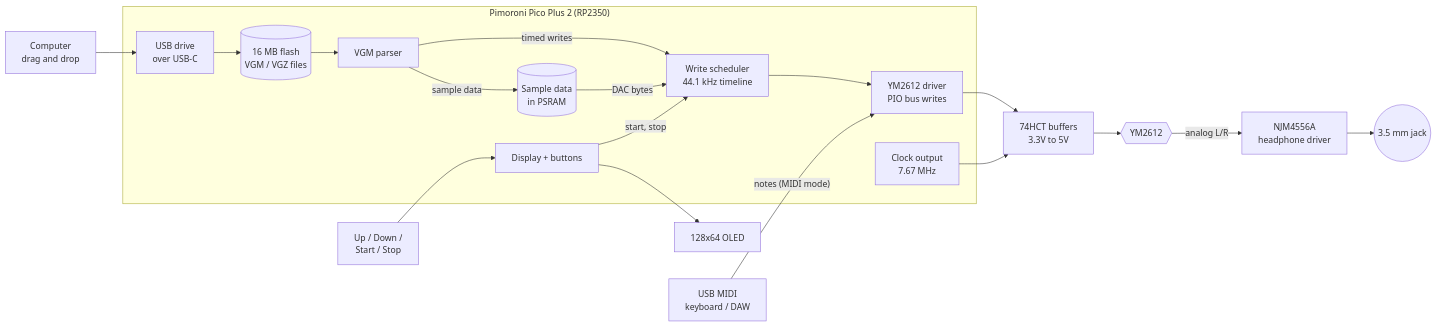
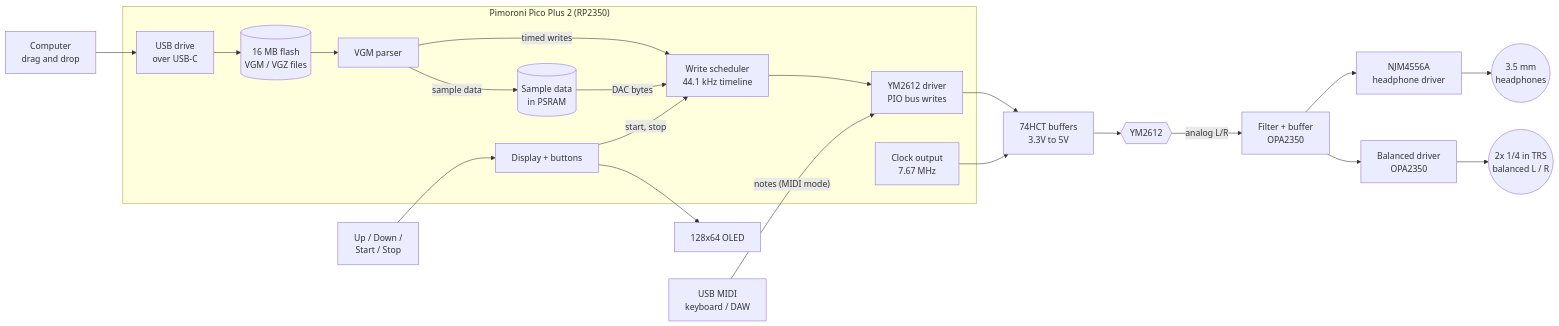
The diagram in docs/DESIGN.md (ctrlvlts-000/Vintage-Sound-Chip-Player), drawn with Mermaid before and after one commit. The commit also changed other lines of this file, not shown here.

First line of the commit message:
Add balanced outputs and a -70 dB noise target

````diff
--- a/docs/DESIGN.md
+++ b/docs/DESIGN.md
@@ -120,35 +121,40 @@
 ```mermaid
 flowchart LR
     PC[Computer<br/>drag and drop]
 
     subgraph PICO["Pimoroni Pico Plus 2 (RP2350)"]
         USB[USB drive<br/>over USB-C]
         FLASH[(16 MB flash<br/>VGM / VGZ files)]
         PARSE[VGM parser]
         PCM[(Sample data<br/>in PSRAM)]
         SCHED[Write scheduler<br/>44.1 kHz timeline]
         DRV[YM2612 driver<br/>PIO bus writes]
         CLKGEN[Clock output<br/>7.67 MHz]
         UI[Display + buttons]
     end
 
     BUF[74HCT buffers<br/>3.3V to 5V]
     YM{{YM2612}}
+    FILT[Filter + buffer<br/>OPA2350]
     AMP[NJM4556A<br/>headphone driver]
-    JACK((3.5 mm jack))
+    JACK((3.5 mm<br/>headphones))
+    BAL[Balanced driver<br/>OPA2350]
+    TRS((2x 1/4 in TRS<br/>balanced L / R))
     OLED[128x64 OLED]
     BTN[Up / Down /<br/>Start / Stop]
     MIDI[USB MIDI<br/>keyboard / DAW]
 
     PC --> USB --> FLASH --> PARSE
     PARSE -- "sample data" --> PCM
     PARSE -- "timed writes" --> SCHED
     PCM -- "DAC bytes" --> SCHED
     SCHED --> DRV --> BUF --> YM
     CLKGEN --> BUF
-    YM -- "analog L/R" --> AMP --> JACK
+    YM -- "analog L/R" --> FILT
+    FILT --> AMP --> JACK
+    FILT --> BAL --> TRS
     BTN --> UI
     UI --> OLED
     UI -- "start, stop" --> SCHED
     MIDI -- "notes (MIDI mode)" --> DRV
 ```
````
